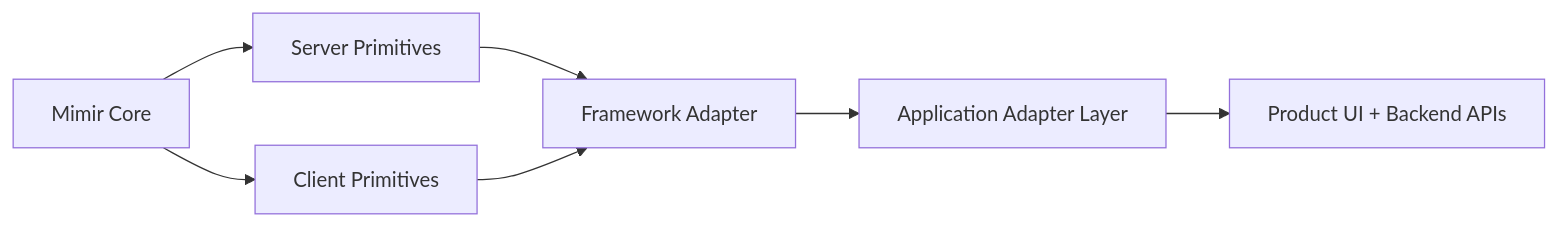
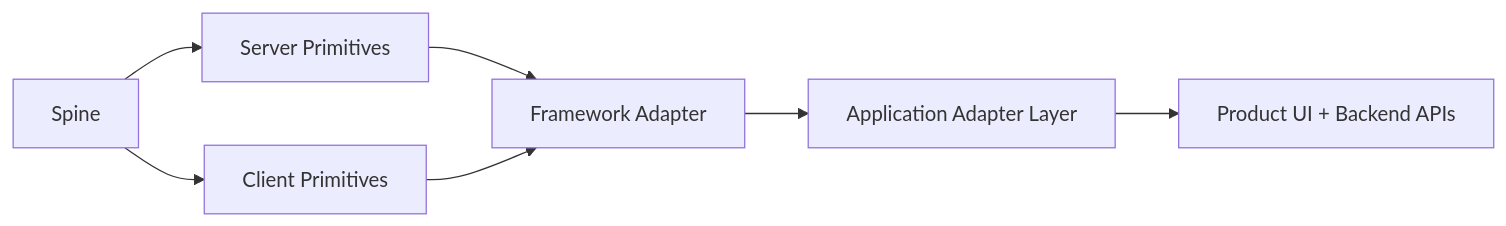
Before and after one commit to Unitfield/spine: the diagram in README.md, drawn with Mermaid. The commit also changed other lines of this file and 13 other files, not shown here.

Commit message:
chore: rename mimir-core to spine

````diff
--- a/README.md
+++ b/README.md
@@ -80,9 +80,9 @@
 ```mermaid
 flowchart LR
-  A["Mimir Core"] --> B["Server Primitives"]
+  A["Spine"] --> B["Server Primitives"]
   A --> C["Client Primitives"]
   B --> D["Framework Adapter"]
   C --> D
   D --> E["Application Adapter Layer"]
   E --> F["Product UI + Backend APIs"]
 ```
````
